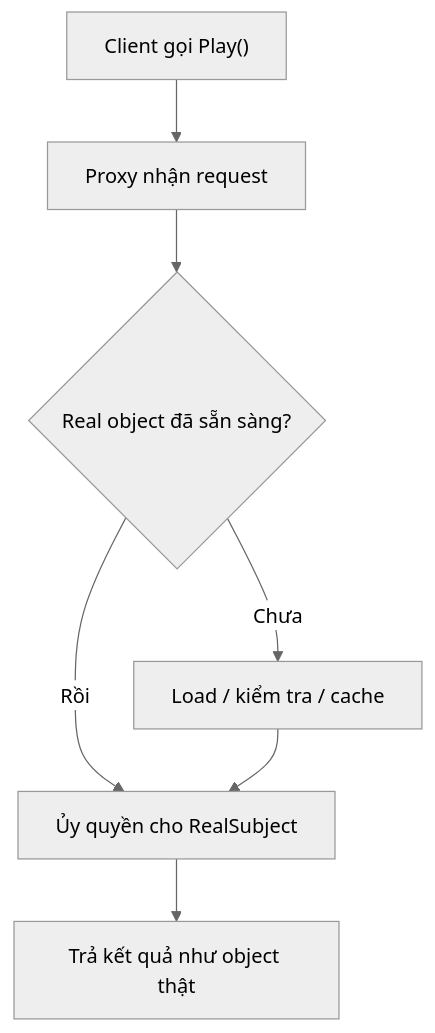
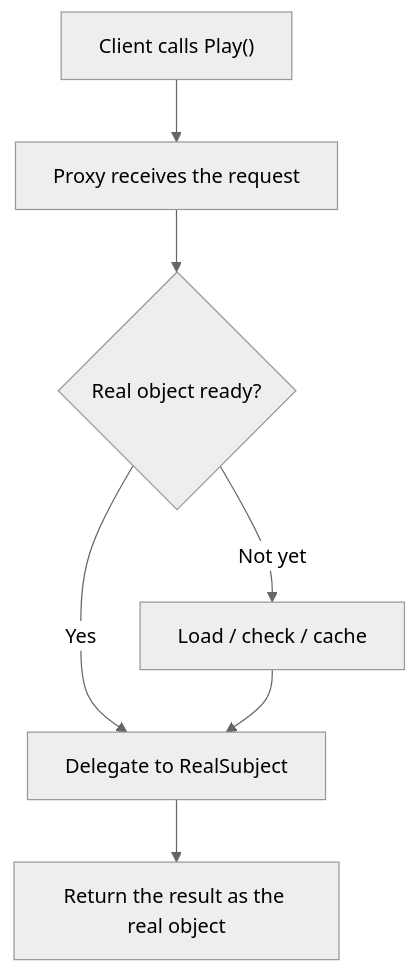
One commit to bugkodc/Road_Map_GameDev changed the second of 3 diagrams in Doc/en/02-Design-Patterns/02-Catalog/02-Structural/07-proxy.md. Above: the diagram before and after it, drawn with Mermaid (neutral theme). The commit also changed other lines of this file and 38 other files, not shown here.

First line of the commit message:
Translate residual Vietnamese in English docs (diagrams, code, strings)

````diff
--- a/Doc/en/02-Design-Patterns/02-Catalog/02-Structural/07-proxy.md
+++ b/Doc/en/02-Design-Patterns/02-Catalog/02-Structural/07-proxy.md
@@ -56,9 +56,9 @@
 ```mermaid
 flowchart TD
-  A["Client gọi Play()"] --> B["Proxy nhận request"]
-  B --> C{"Real object đã sẵn sàng?"}
-  C -- "Chưa" --> D["Load / kiểm tra / cache"]
-  C -- "Rồi" --> E["Ủy quyền cho RealSubject"]
+  A["Client calls Play()"] --> B["Proxy receives the request"]
+  B --> C{"Real object ready?"}
+  C -- "Not yet" --> D["Load / check / cache"]
+  C -- "Yes" --> E["Delegate to RealSubject"]
   D --> E
-  E --> F["Trả kết quả như object thật"]
+  E --> F["Return the result as the real object"]
 ```
````
